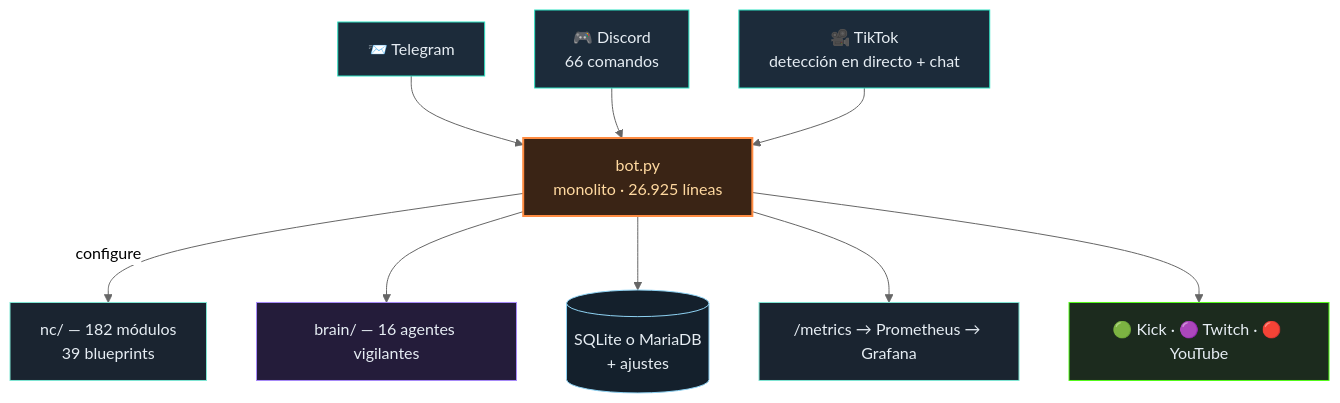
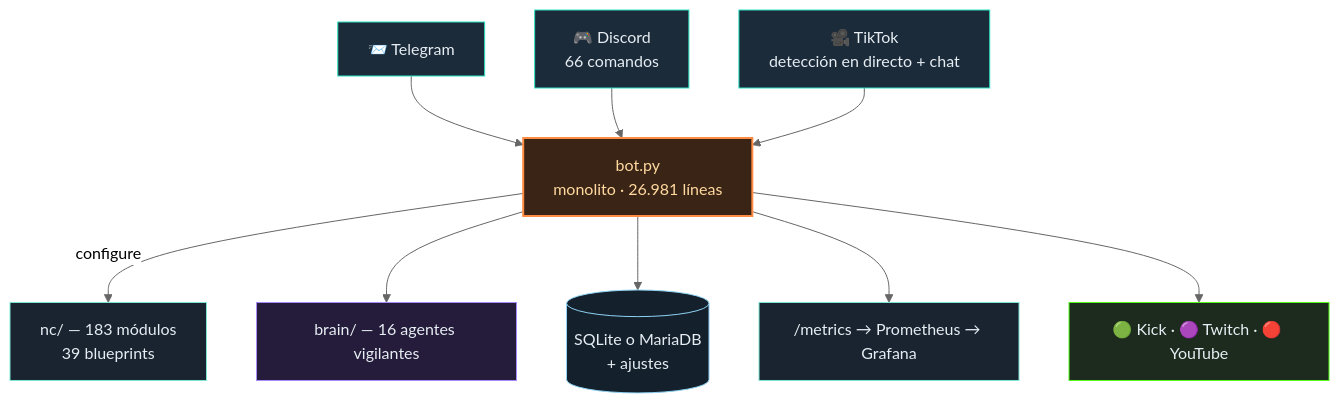
Before and after one commit to itsamemedev/Telegram-Stream-Info-Bot: the diagram in README.es.md, drawn with Mermaid (neutral theme). The commit also changed other lines of this file and 13 other files, not shown here.

````diff
--- a/README.es.md
+++ b/README.es.md
@@ -64,18 +64,18 @@
 ```mermaid
 flowchart TB
     TG["📨 Telegram"]:::ein --> BOT
     DC["🎮 Discord<br/>66 comandos"]:::ein --> BOT
     TT["🎥 TikTok<br/>detección en directo + chat"]:::ein --> BOT
-    BOT["bot.py<br/>monolito · 26.925 líneas"]:::core
-    BOT -->|configure| NC["nc/ — 182 módulos<br/>39 blueprints"]:::lib
+    BOT["bot.py<br/>monolito · 26.981 líneas"]:::core
+    BOT -->|configure| NC["nc/ — 183 módulos<br/>39 blueprints"]:::lib
     BOT --> BRAIN["brain/ — 16 agentes vigilantes"]:::brain
     BOT --> DB[("SQLite o MariaDB<br/>+ ajustes")]:::db
     BOT --> PROM["/metrics → Prometheus → Grafana"]:::lib
     BOT --> OUT["🟢 Kick · 🟣 Twitch · 🔴 YouTube"]:::out
     classDef ein fill:#1c2b3a,stroke:#2de1c2,color:#e6edf3
     classDef core fill:#3a2415,stroke:#ff8c42,stroke-width:2px,color:#ffd9a0
     classDef lib fill:#1a2430,stroke:#7fe7d4,color:#e6edf3
     classDef brain fill:#241c3a,stroke:#a78bfa,color:#e6edf3
     classDef db fill:#14202c,stroke:#8fd3f4,color:#e6edf3
     classDef out fill:#1c2b1e,stroke:#53fc18,color:#e6edf3
 ```
````
